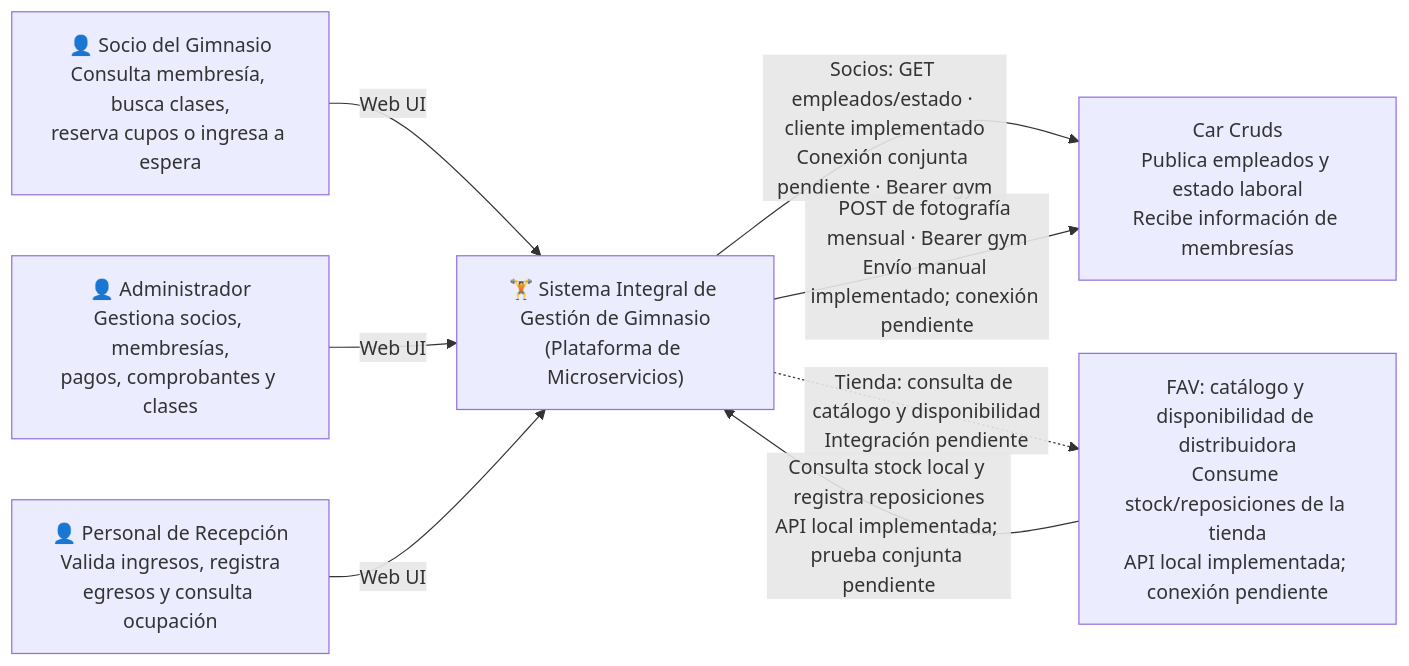
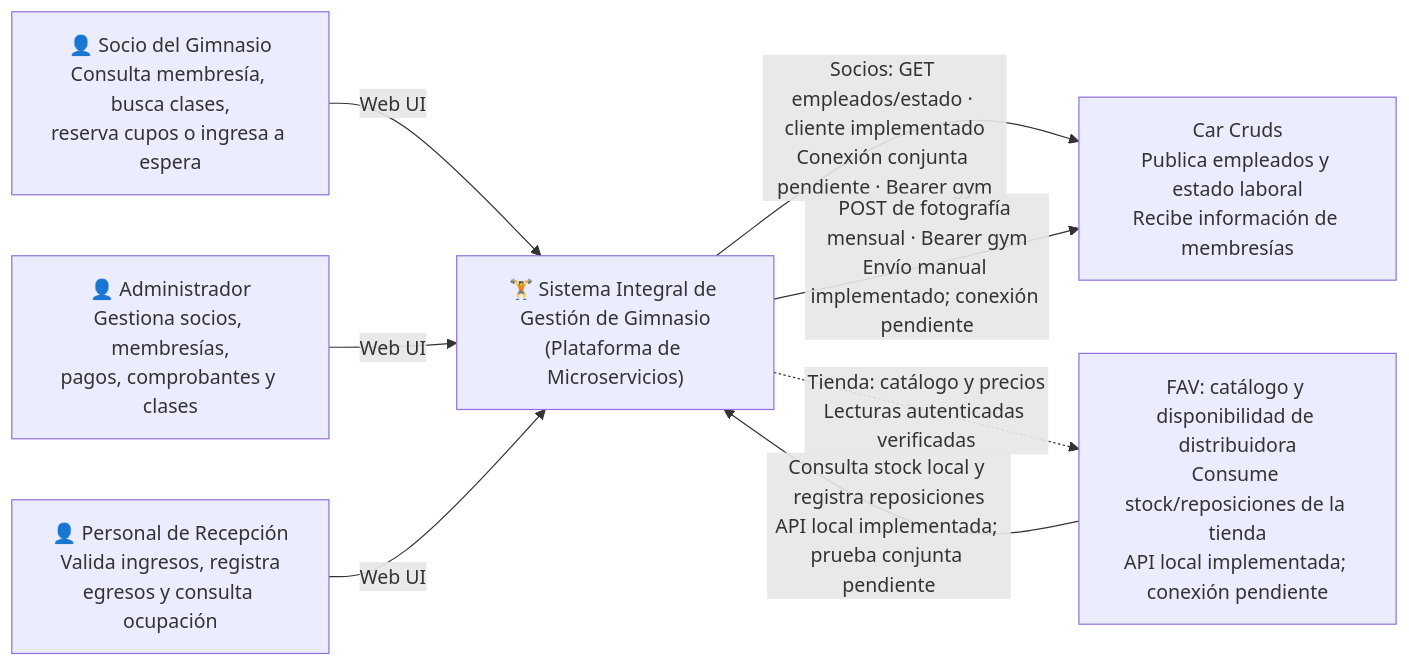
Before and after one commit to PabloMarquezCapilla/Gestion-gimnasio-arquitectura-software: the second of 4 diagrams in docs/ARCHITECTURE.md, drawn with Mermaid. The commit also changed other lines of this file and 15 other files, not shown here.

Commit message:
feat(tienda): integrar catálogo FAV Azure con OpenAPI 1.2.0

````diff
--- a/docs/ARCHITECTURE.md
+++ b/docs/ARCHITECTURE.md
@@ -139,18 +139,18 @@
 ```mermaid
 flowchart LR
     socio["👤 Socio del Gimnasio<br/>Consulta membresía, busca clases,<br/>reserva cupos o ingresa a espera"]
     admin["👤 Administrador<br/>Gestiona socios, membresías,<br/>pagos, comprobantes y clases"]
     recepcion["👤 Personal de Recepción<br/>Valida ingresos, registra<br/>egresos y consulta ocupación"]
     consumidor["Car Cruds<br/>Publica empleados y estado laboral<br/>Recibe información de membresías"]
     proveedor["FAV: catálogo y disponibilidad de distribuidora<br/>Consume stock/reposiciones de la tienda<br/>API local implementada; conexión pendiente"]
 
     sistema["🏋️ Sistema Integral de Gestión de Gimnasio<br/>(Plataforma de Microservicios)"]
 
     socio -->|Web UI| sistema
     admin -->|Web UI| sistema
     recepcion -->|Web UI| sistema
     sistema -->|Socios: GET empleados/estado · cliente implementado<br/>Conexión conjunta pendiente · Bearer gym| consumidor
     sistema -->|POST de fotografía mensual · Bearer gym<br/>Envío manual implementado; conexión pendiente| consumidor
-    sistema -.->|Tienda: consulta de catálogo y disponibilidad<br/>Integración pendiente| proveedor
+    sistema -.->|Tienda: catálogo y precios<br/>Lecturas autenticadas verificadas| proveedor
     proveedor -->|Consulta stock local y registra reposiciones<br/>API local implementada; prueba conjunta pendiente| sistema
 ```
````
